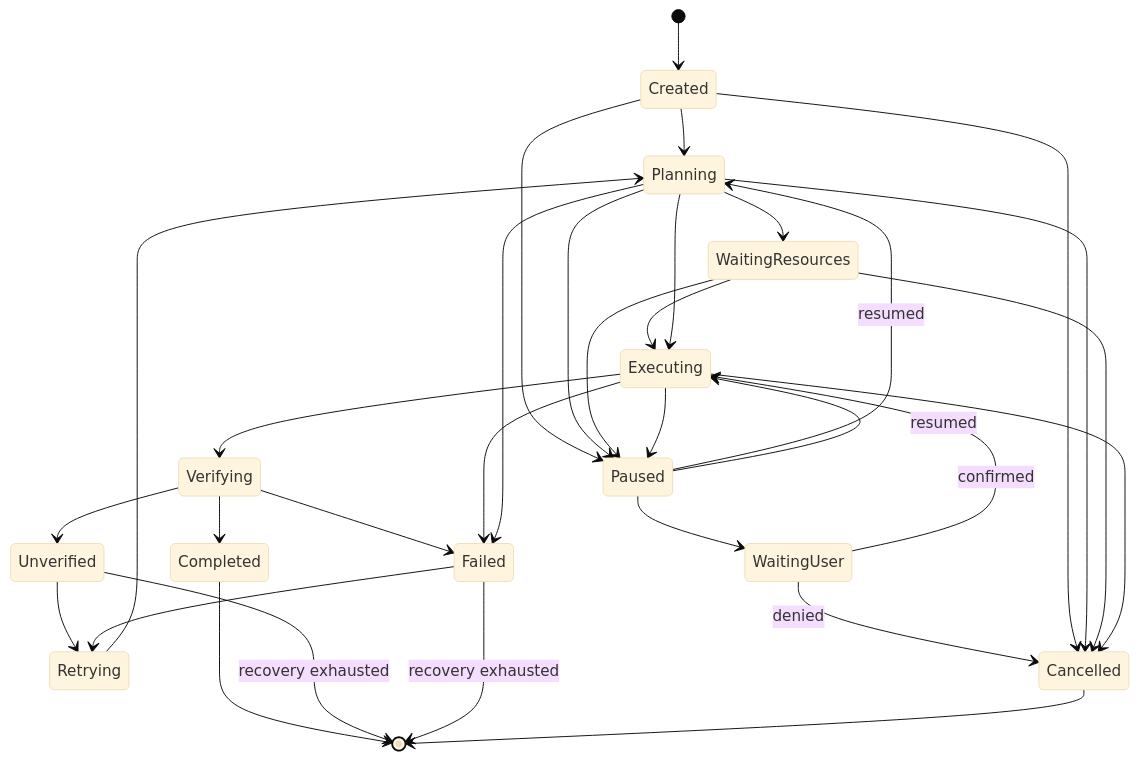
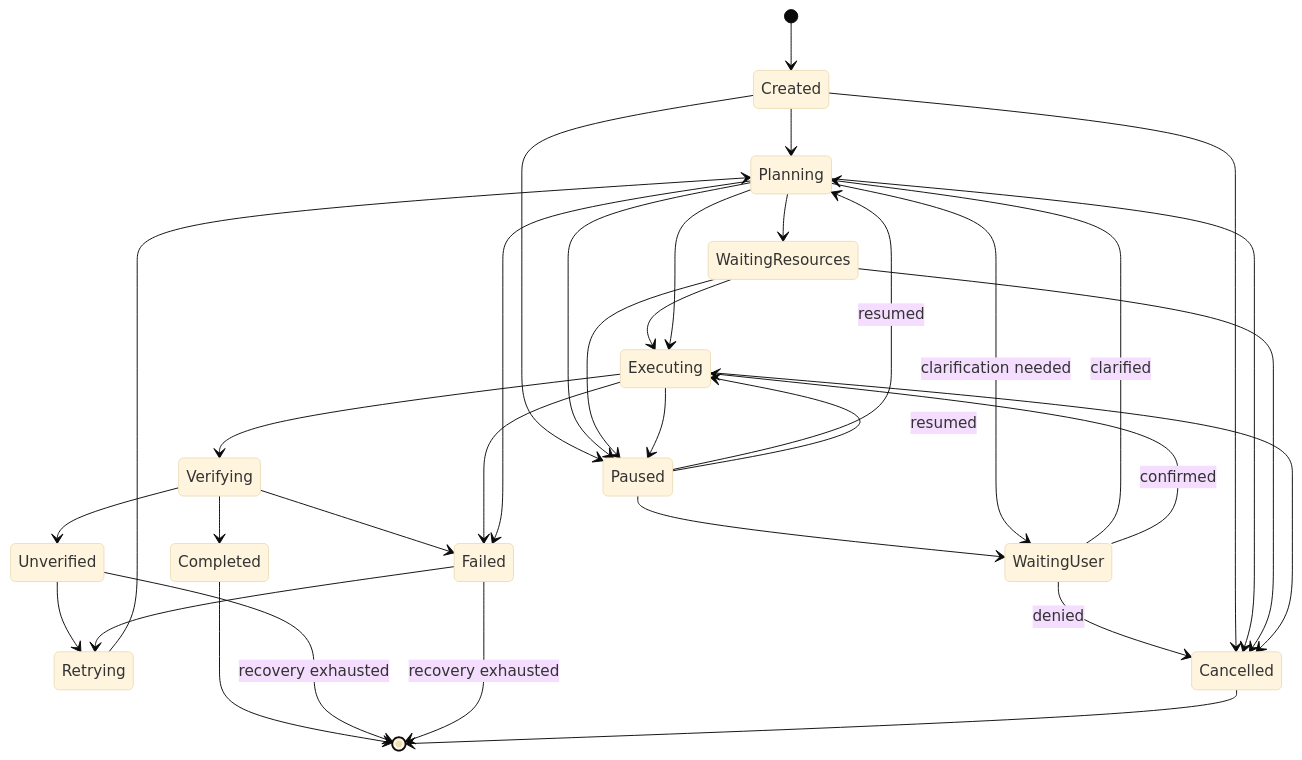
Before and after one commit to vincenzo-afk/NOVA_FRAMEWORK: the diagram in docs/03-runtime/task-manager.md, drawn with Mermaid (base theme). The commit also changed other lines of this file and 282 other files, not shown here.

````diff
--- a/docs/03-runtime/task-manager.md
+++ b/docs/03-runtime/task-manager.md
@@ -43,34 +47,36 @@
 ```mermaid
 stateDiagram-v2
     [*] --> Created
     Created --> Planning
     Planning --> WaitingResources
     WaitingResources --> Executing
     Planning --> Executing
     Executing --> Verifying
     Verifying --> Completed
     Verifying --> Unverified
     Verifying --> Failed
     Executing --> Failed
     Planning --> Failed
     Unverified --> Retrying
     Failed --> Retrying
     Retrying --> Planning
     Created --> Paused
     Planning --> Paused
     WaitingResources --> Paused
     Executing --> Paused
     Paused --> WaitingUser
     Paused --> Planning: resumed
     Paused --> Executing: resumed
+    Planning --> WaitingUser: clarification needed
+    WaitingUser --> Planning: clarified
     WaitingUser --> Executing: confirmed
     WaitingUser --> Cancelled: denied
     Created --> Cancelled
     Planning --> Cancelled
     WaitingResources --> Cancelled
     Executing --> Cancelled
     Completed --> [*]
     Unverified --> [*]: recovery exhausted
     Failed --> [*]: recovery exhausted
     Cancelled --> [*]
 ```
````
